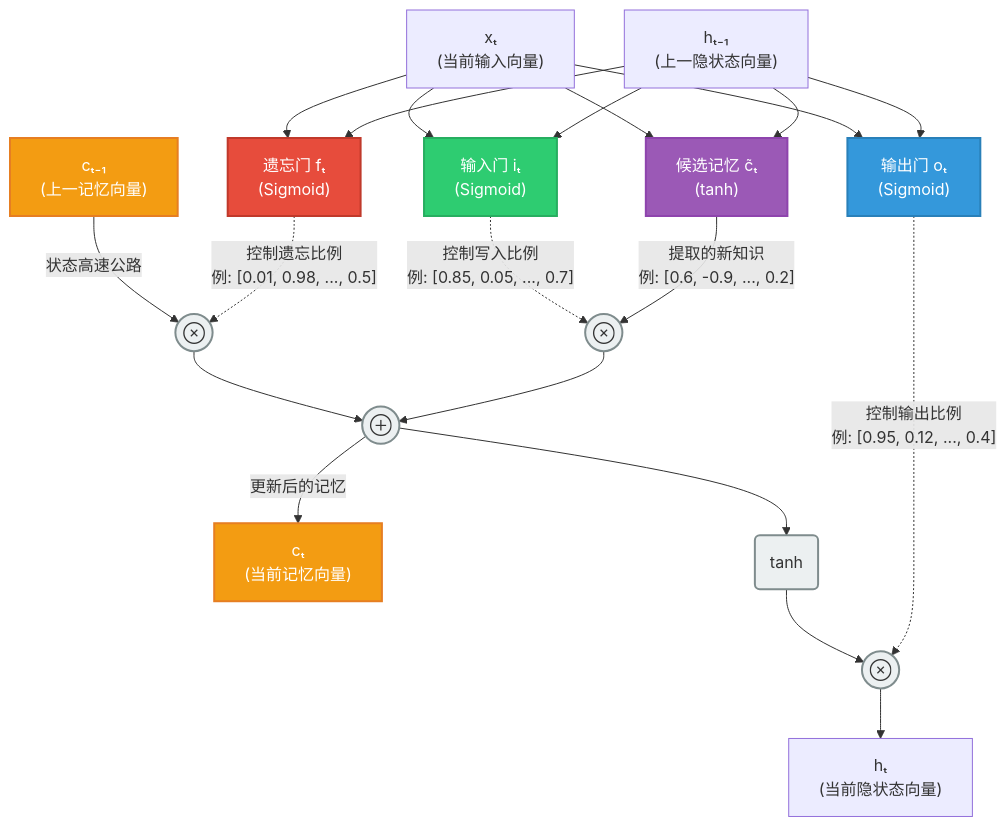
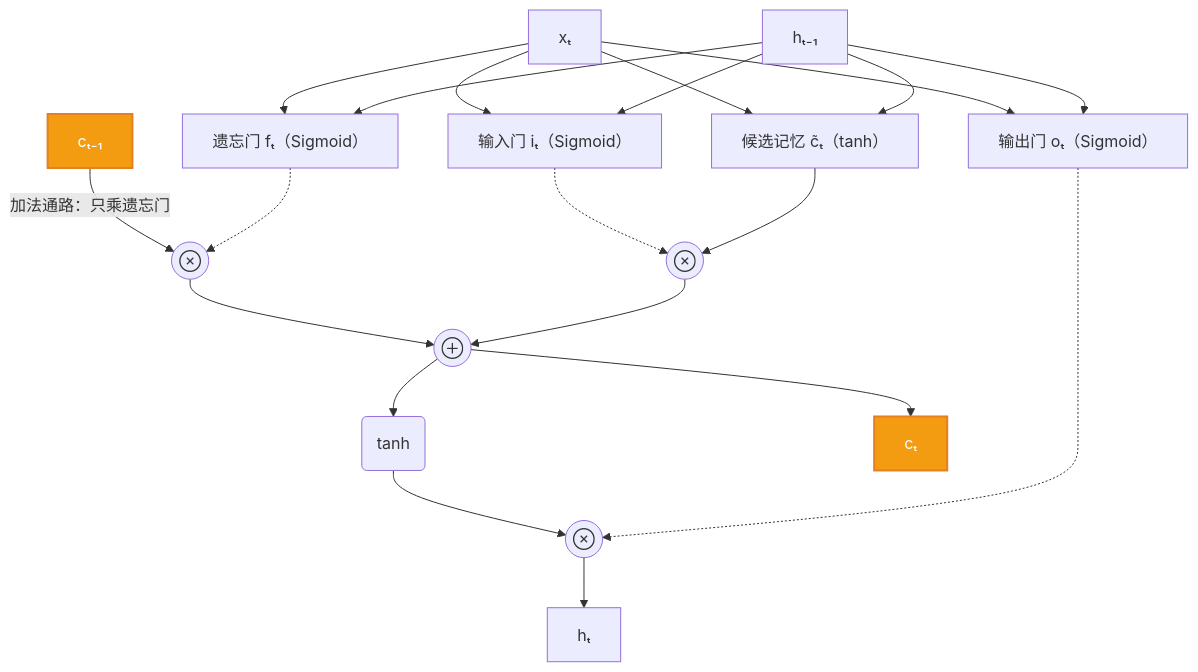
The second of 2 diagrams in 01_introduction/1.2_rnn_cnn_limits.md (yeasy/llm_internals), drawn with Mermaid before and after one commit. The commit also changed other lines of this file and 128 other files, not shown here.

````diff
--- a/01_introduction/1.2_rnn_cnn_limits.md
+++ b/01_introduction/1.2_rnn_cnn_limits.md
@@ -98,60 +76,33 @@
 ```mermaid
 graph TD
-    %% 输入
-    x_t["xₜ<br/>(当前输入向量)"]
-    h_prev["hₜ₋₁<br/>(上一隐状态向量)"]
-    c_prev["cₜ₋₁<br/>(上一记忆向量)"]
-
-    %% 输出
-    c_next["cₜ<br/>(当前记忆向量)"]
-    h_next["hₜ<br/>(当前隐状态向量)"]
-
-    %% 门控网络层
-    f_gate["遗忘门 fₜ<br/>(Sigmoid)"]
-    i_gate["输入门 iₜ<br/>(Sigmoid)"]
-    c_cand["候选记忆 c̃ₜ<br/>(tanh)"]
-    o_gate["输出门 oₜ<br/>(Sigmoid)"]
-
-    %% 运算节点
+    x_t["xₜ"]
+    h_prev["hₜ₋₁"]
+    c_prev["cₜ₋₁"]
+    f_gate["遗忘门 fₜ（Sigmoid）"]
+    i_gate["输入门 iₜ（Sigmoid）"]
+    c_cand["候选记忆 c̃ₜ（tanh）"]
+    o_gate["输出门 oₜ（Sigmoid）"]
     op_mul_f(("⊗"))
     op_mul_i(("⊗"))
     op_add(("⊕"))
     op_tanh("tanh")
     op_mul_o(("⊗"))
+    c_next["cₜ"]
+    h_next["hₜ"]
 
-    %% 连线：输入到各个门
     x_t --> f_gate & i_gate & c_cand & o_gate
     h_prev --> f_gate & i_gate & c_cand & o_gate
-
-    %% 连线：遗忘机制 (主干道)
-    c_prev -->|"状态高速公路"| op_mul_f
-    f_gate -.->|"控制遗忘比例<br/>例: [0.01, 0.98, ..., 0.5]"| op_mul_f
-
-    %% 连线：写入机制
-    i_gate -.->|"控制写入比例<br/>例: [0.85, 0.05, ..., 0.7]"| op_mul_i
-    c_cand -->|"提取的新知识<br/>例: [0.6, -0.9, ..., 0.2]"| op_mul_i
-
+    c_prev -->|"加法通路：只乘遗忘门"| op_mul_f
+    f_gate -.-> op_mul_f
+    i_gate -.-> op_mul_i
+    c_cand --> op_mul_i
     op_mul_f --> op_add
     op_mul_i --> op_add
-
-    op_add -->|"更新后的记忆"| c_next
-
-    %% 连线：输出机制
-    op_add --> op_tanh
-    op_tanh --> op_mul_o
-    o_gate -.->|"控制输出比例<br/>例: [0.95, 0.12, ..., 0.4]"| op_mul_o
+    op_add --> c_next
+    op_add --> op_tanh --> op_mul_o
+    o_gate -.-> op_mul_o
     op_mul_o --> h_next
 
-    %% 样式美化
     style c_prev fill:#f39c12,color:#fff,stroke:#e67e22,stroke-width:2px
     style c_next fill:#f39c12,color:#fff,stroke:#e67e22,stroke-width:2px
-    style f_gate fill:#e74c3c,color:#fff,stroke:#c0392b,stroke-width:2px
-    style i_gate fill:#2ecc71,color:#fff,stroke:#27ae60,stroke-width:2px
-    style o_gate fill:#3498db,color:#fff,stroke:#2980b9,stroke-width:2px
-    style c_cand fill:#9b59b6,color:#fff,stroke:#8e44ad,stroke-width:2px
-    style op_mul_f fill:#ecf0f1,stroke:#7f8c8d,stroke-width:2px
-    style op_mul_i fill:#ecf0f1,stroke:#7f8c8d,stroke-width:2px
-    style op_add fill:#ecf0f1,stroke:#7f8c8d,stroke-width:2px
-    style op_mul_o fill:#ecf0f1,stroke:#7f8c8d,stroke-width:2px
-    style op_tanh fill:#ecf0f1,stroke:#7f8c8d,stroke-width:2px
 ```
````
